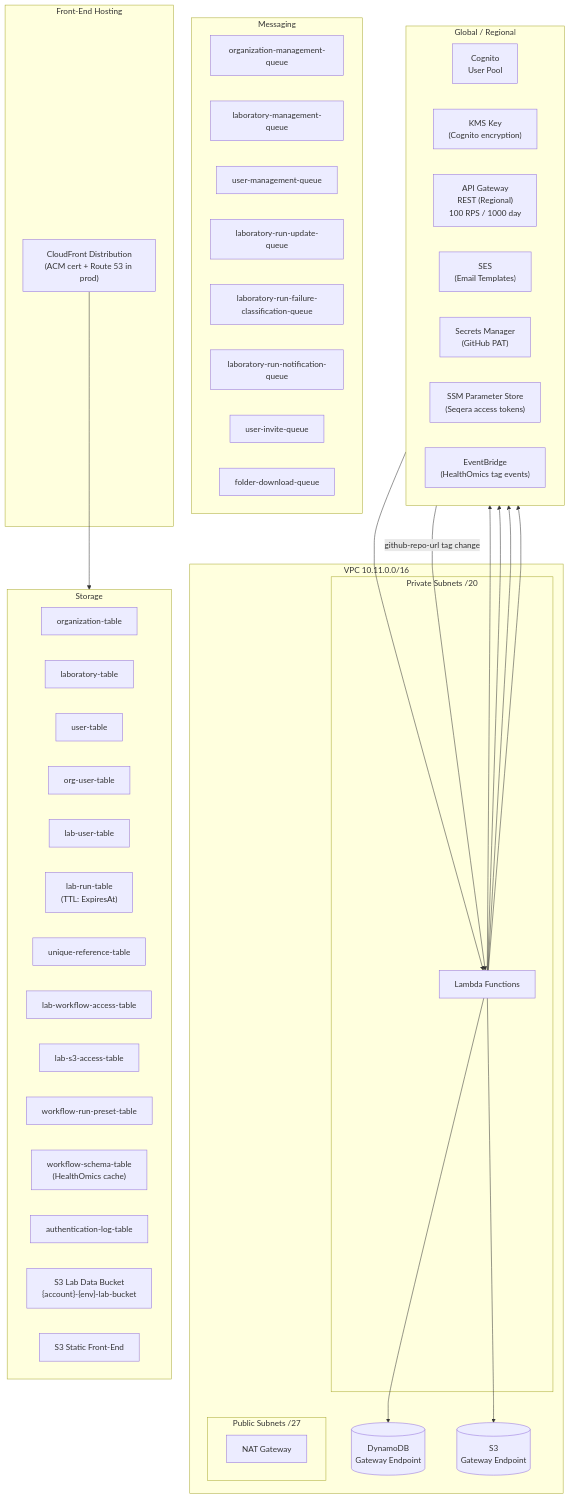
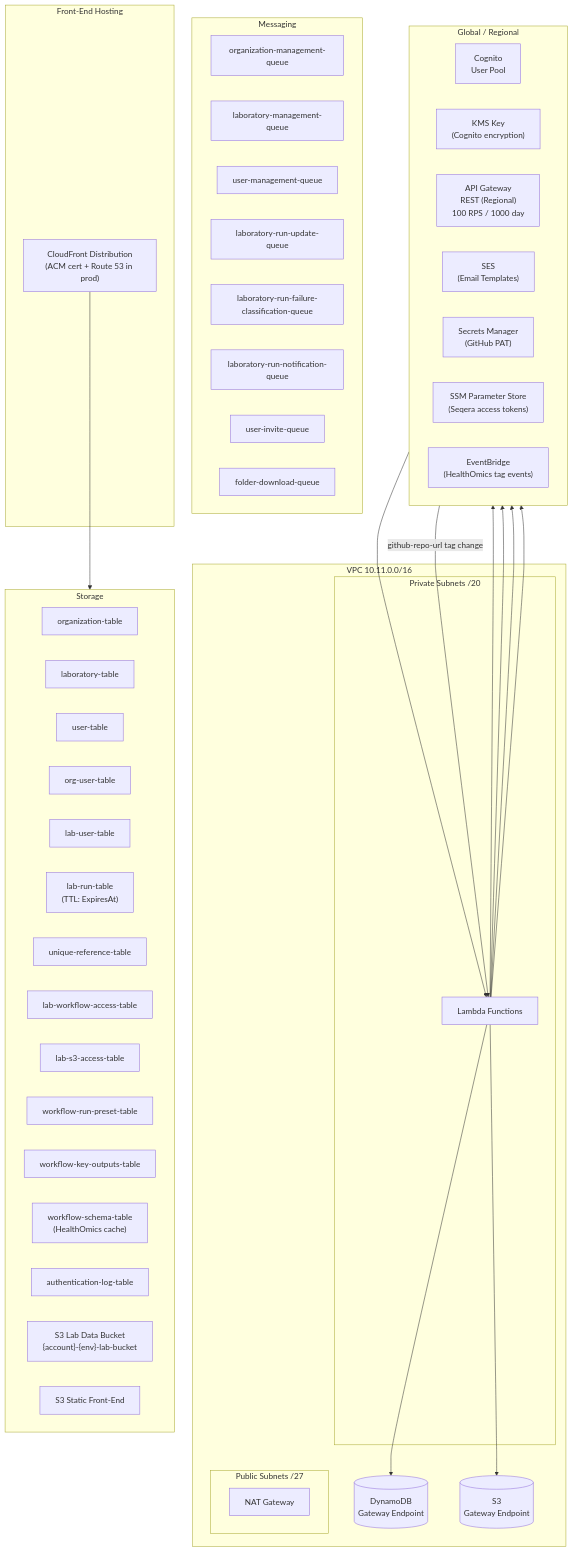
Before and after one commit to dept/easy-genomics: the second of 18 diagrams in docs/development/architecture.md, drawn with Mermaid. The commit also changed 28 other files, not shown here.

Commit message:
feat: declare key output files per HealthOmics workflow

````diff
--- a/docs/development/architecture.md
+++ b/docs/development/architecture.md
@@ -122,63 +122,64 @@
 ```mermaid
 graph TB
     subgraph "VPC  10.11.0.0/16"
         subgraph "Public Subnets /27"
             PUB["NAT Gateway"]
         end
         subgraph "Private Subnets /20"
             LAM["Lambda Functions"]
         end
         EP1[("DynamoDB<br/>Gateway Endpoint")]
         EP2[("S3<br/>Gateway Endpoint")]
     end
 
     subgraph "Global / Regional"
         direction LR
         COG["Cognito<br/>User Pool"]
         KMS["KMS Key<br/>(Cognito encryption)"]
         APIGW["API Gateway<br/>REST (Regional)<br/>100 RPS / 1000 day"]
         SES["SES<br/>(Email Templates)"]
         SM["Secrets Manager<br/>(GitHub PAT)"]
         SSM["SSM Parameter Store<br/>(Seqera access tokens)"]
         EB["EventBridge<br/>(HealthOmics tag events)"]
     end
 
     subgraph "Storage"
         direction LR
         DDB1["organization-table"]
         DDB2["laboratory-table"]
         DDB3["user-table"]
         DDB4["org-user-table"]
         DDB5["lab-user-table"]
         DDB6["lab-run-table<br/>(TTL: ExpiresAt)"]
         DDB7["unique-reference-table"]
         DDB8["lab-workflow-access-table"]
         DDB9["lab-s3-access-table"]
         DDB10["workflow-run-preset-table"]
+        DDB10b["workflow-key-outputs-table"]
         DDB11["workflow-schema-table<br/>(HealthOmics cache)"]
         DDB12["authentication-log-table"]
         S3LAB["S3 Lab Data Bucket<br/>{account}-{env}-lab-bucket"]
         S3FE["S3 Static Front-End"]
     end
 
     subgraph "Messaging"
         SQS1["organization-management-queue"]
         SQS2["laboratory-management-queue"]
         SQS3["user-management-queue"]
         SQS4["laboratory-run-update-queue"]
         SQS5["laboratory-run-failure-classification-queue"]
         SQS6["laboratory-run-notification-queue"]
         SQS7["user-invite-queue"]
         SQS8["folder-download-queue"]
     end
 
     subgraph "Front-End Hosting"
         CF["CloudFront Distribution<br/>(ACM cert + Route 53 in prod)"]
         CF --> S3FE
     end
 
     LAM --> EP1 & EP2
     LAM --> COG & SES & SM & SSM
     APIGW --> LAM
     EB -->|"github-repo-url tag change"| LAM
 ```
````
